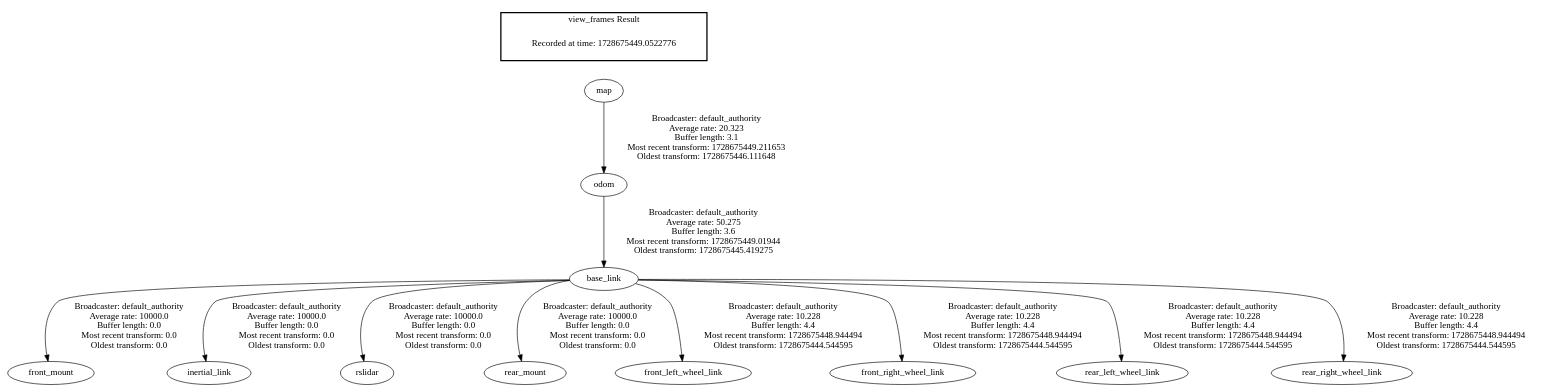
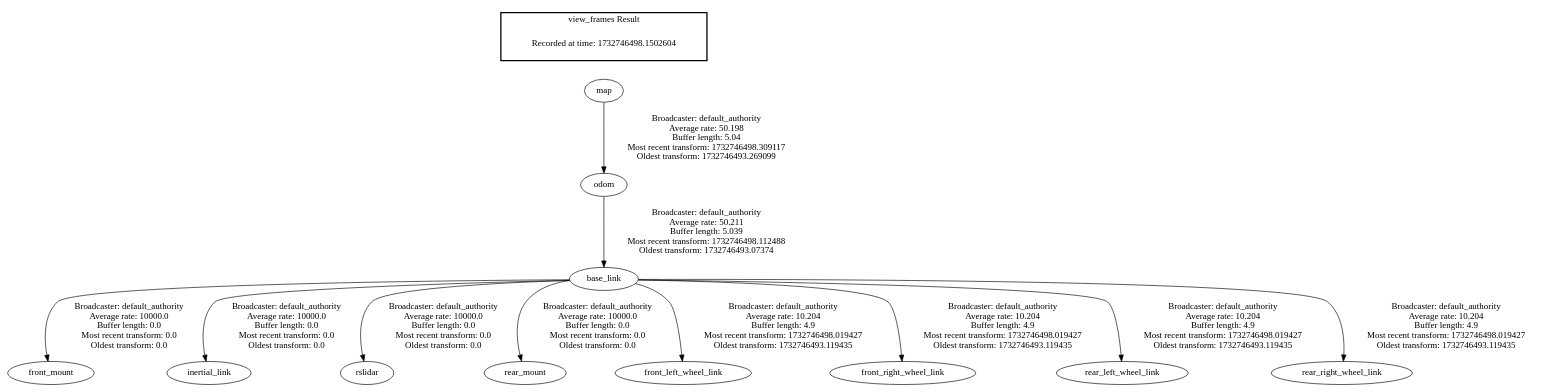
Before and after one commit to khaino/indoor-nav-system: the diagram in frames.gv, drawn with Graphviz. The commit also changed 46 other files, not shown here.

```diff
--- a/frames.gv
+++ b/frames.gv
@@ -1,16 +1,16 @@
 digraph G {
+"map" -> "odom"[label=" Broadcaster: default_authority\nAverage rate: 50.198\nBuffer length: 5.04\nMost recent transform: 1732746498.309117\nOldest transform: 1732746493.269099\n"];
 "base_link" -> "front_mount"[label=" Broadcaster: default_authority\nAverage rate: 10000.0\nBuffer length: 0.0\nMost recent transform: 0.0\nOldest transform: 0.0\n"];
-"odom" -> "base_link"[label=" Broadcaster: default_authority\nAverage rate: 50.275\nBuffer length: 3.6\nMost recent transform: 1728675449.01944\nOldest transform: 1728675445.419275\n"];
+"odom" -> "base_link"[label=" Broadcaster: default_authority\nAverage rate: 50.211\nBuffer length: 5.039\nMost recent transform: 1732746498.112488\nOldest transform: 1732746493.07374\n"];
 "base_link" -> "inertial_link"[label=" Broadcaster: default_authority\nAverage rate: 10000.0\nBuffer length: 0.0\nMost recent transform: 0.0\nOldest transform: 0.0\n"];
 "base_link" -> "rslidar"[label=" Broadcaster: default_authority\nAverage rate: 10000.0\nBuffer length: 0.0\nMost recent transform: 0.0\nOldest transform: 0.0\n"];
 "base_link" -> "rear_mount"[label=" Broadcaster: default_authority\nAverage rate: 10000.0\nBuffer length: 0.0\nMost recent transform: 0.0\nOldest transform: 0.0\n"];
-"base_link" -> "front_left_wheel_link"[label=" Broadcaster: default_authority\nAverage rate: 10.228\nBuffer length: 4.4\nMost recent transform: 1728675448.944494\nOldest transform: 1728675444.544595\n"];
-"base_link" -> "front_right_wheel_link"[label=" Broadcaster: default_authority\nAverage rate: 10.228\nBuffer length: 4.4\nMost recent transform: 1728675448.944494\nOldest transform: 1728675444.544595\n"];
-"base_link" -> "rear_left_wheel_link"[label=" Broadcaster: default_authority\nAverage rate: 10.228\nBuffer length: 4.4\nMost recent transform: 1728675448.944494\nOldest transform: 1728675444.544595\n"];
-"base_link" -> "rear_right_wheel_link"[label=" Broadcaster: default_authority\nAverage rate: 10.228\nBuffer length: 4.4\nMost recent transform: 1728675448.944494\nOldest transform: 1728675444.544595\n"];
-"map" -> "odom"[label=" Broadcaster: default_authority\nAverage rate: 20.323\nBuffer length: 3.1\nMost recent transform: 1728675449.211653\nOldest transform: 1728675446.111648\n"];
+"base_link" -> "front_left_wheel_link"[label=" Broadcaster: default_authority\nAverage rate: 10.204\nBuffer length: 4.9\nMost recent transform: 1732746498.019427\nOldest transform: 1732746493.119435\n"];
+"base_link" -> "front_right_wheel_link"[label=" Broadcaster: default_authority\nAverage rate: 10.204\nBuffer length: 4.9\nMost recent transform: 1732746498.019427\nOldest transform: 1732746493.119435\n"];
+"base_link" -> "rear_left_wheel_link"[label=" Broadcaster: default_authority\nAverage rate: 10.204\nBuffer length: 4.9\nMost recent transform: 1732746498.019427\nOldest transform: 1732746493.119435\n"];
+"base_link" -> "rear_right_wheel_link"[label=" Broadcaster: default_authority\nAverage rate: 10.204\nBuffer length: 4.9\nMost recent transform: 1732746498.019427\nOldest transform: 1732746493.119435\n"];
 edge [style=invis];
  subgraph cluster_legend { style=bold; color=black; label ="view_frames Result";
-"Recorded at time: 1728675449.0522776"[ shape=plaintext ] ;
+"Recorded at time: 1732746498.1502604"[ shape=plaintext ] ;
 }->"map";
 }
```
